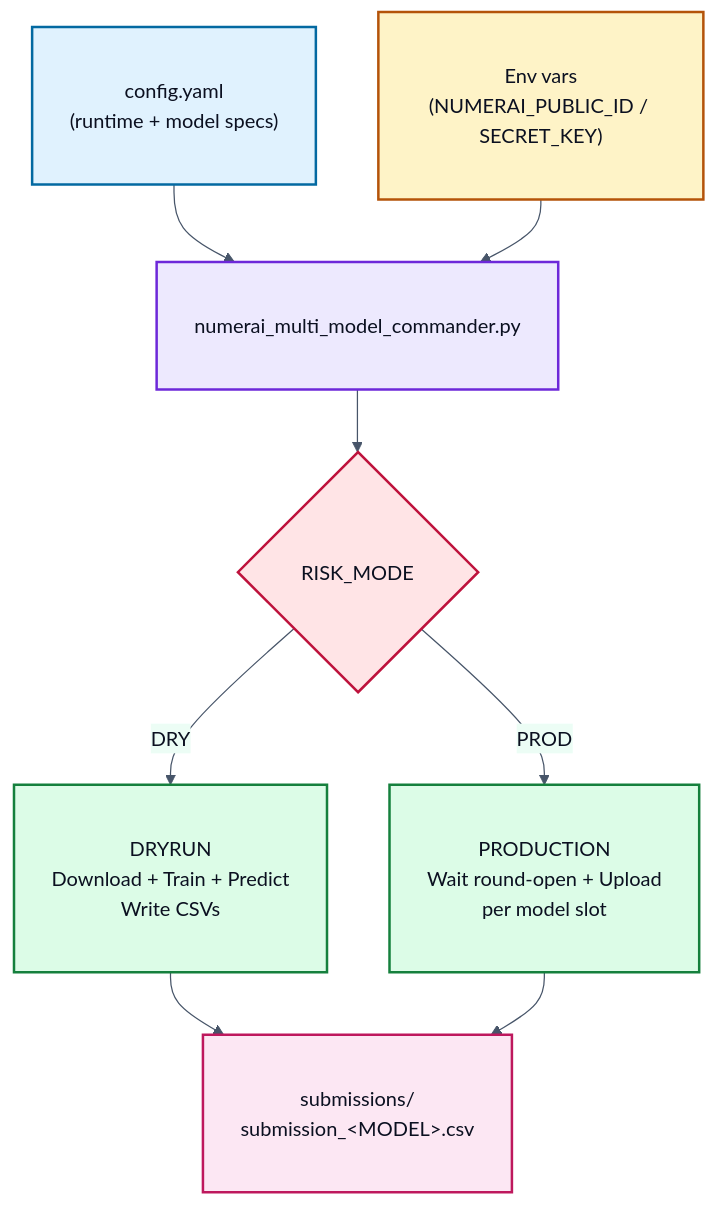
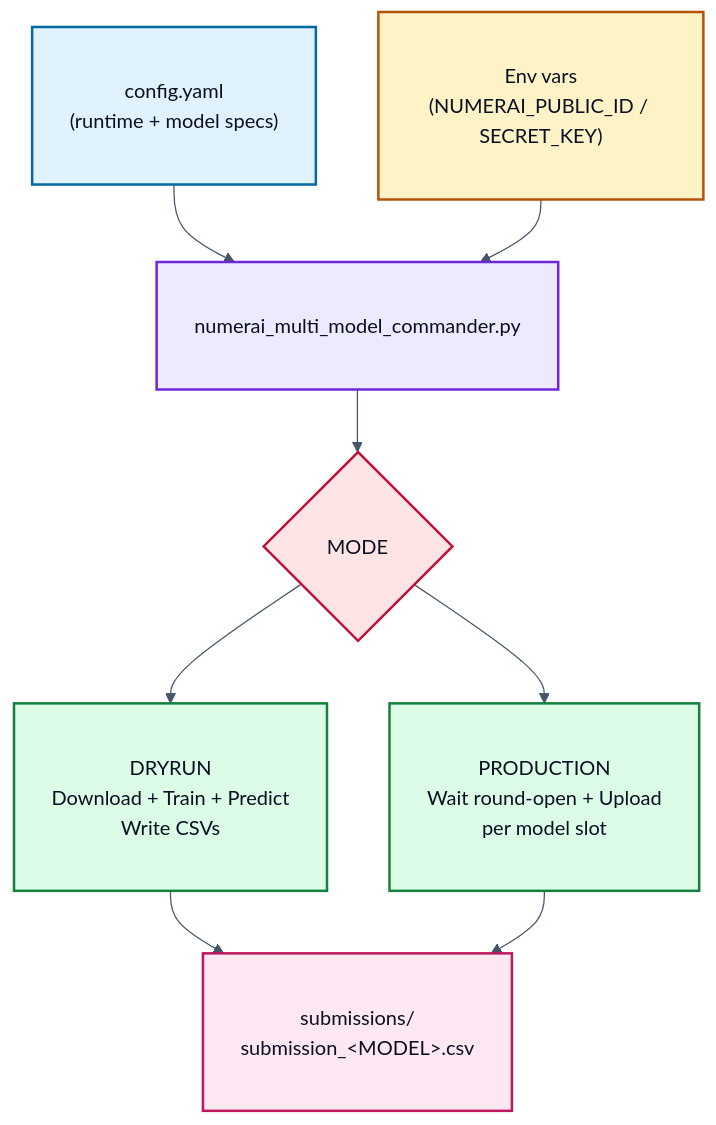
One commit to brianpenrod/market-neutral-strategy changed the diagram in README.md. Above: the diagram before and after it, drawn with Mermaid.

````diff
--- a/README.md
+++ b/README.md
@@ -24,40 +24,40 @@
 ```mermaid
 %%{init: {"theme":"base","themeVariables":{
   "primaryColor":"#E8F0FE",
   "primaryTextColor":"#0B1020",
   "primaryBorderColor":"#1E3A8A",
   "lineColor":"#475569",
   "secondaryColor":"#ECFDF5",
   "tertiaryColor":"#FFF7ED",
   "fontFamily":"ui-sans-serif, system-ui, -apple-system, Segoe UI, Roboto",
   "fontSize":"16px"
 }}}%%
 flowchart TB
 
   %% --- NODE STYLES (add padding to reduce truncation) ---
   classDef config fill:#E0F2FE,stroke:#0369A1,stroke-width:2px,color:#0B1020,padding:12px;
   classDef secrets fill:#FEF3C7,stroke:#B45309,stroke-width:2px,color:#0B1020,padding:12px;
   classDef script fill:#EDE9FE,stroke:#6D28D9,stroke-width:2px,color:#0B1020,padding:12px;
   classDef gate fill:#FFE4E6,stroke:#BE123C,stroke-width:2px,color:#0B1020,padding:14px;
   classDef action fill:#DCFCE7,stroke:#15803D,stroke-width:2px,color:#0B1020,padding:12px;
   classDef output fill:#FCE7F3,stroke:#BE185D,stroke-width:2px,color:#0B1020,padding:12px;
 
   %% --- EXECUTIVE MAP ---
   cfg["config.yaml<br/>(runtime + model specs)"]:::config
   env["Env vars<br/>(NUMERAI_PUBLIC_ID / SECRET_KEY)"]:::secrets
   cmd["numerai_multi_model_commander.py"]:::script
-  mode{"RISK_MODE"}:::gate
+  mode{"MODE"}:::gate
 
   dry["DRYRUN<br/>Download + Train + Predict<br/>Write CSVs"]:::action
   prod["PRODUCTION<br/>Wait round-open + Upload<br/>per model slot"]:::action
 
   out["submissions/<br/>submission_&lt;MODEL&gt;.csv"]:::output
 
   cfg --> cmd
   env --> cmd
   cmd --> mode
-  mode -->|DRY| dry
-  mode -->|PROD| prod
+  mode --> dry
+  mode --> prod
   dry --> out
   prod --> out
 ```
````
